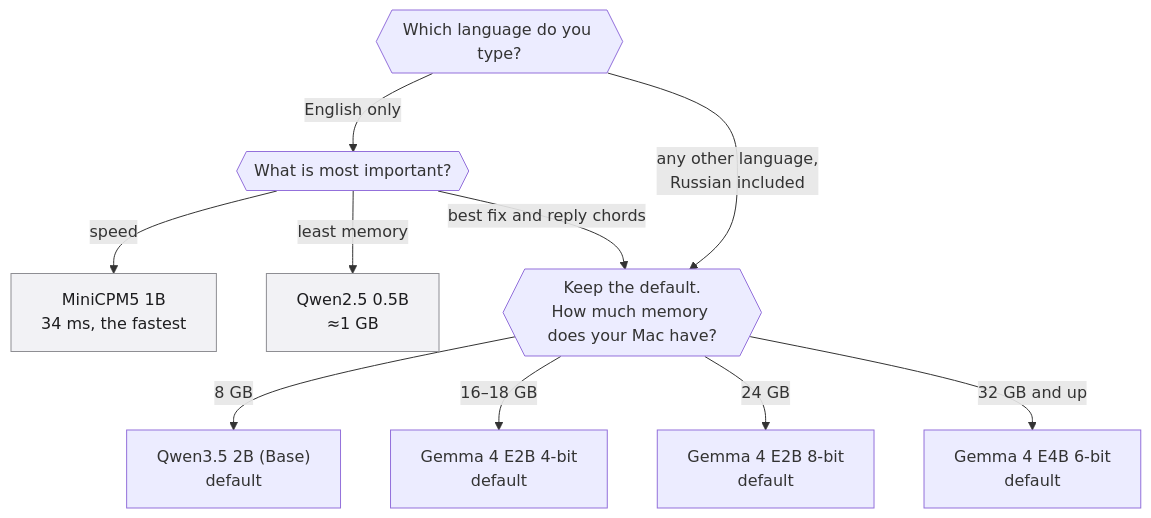
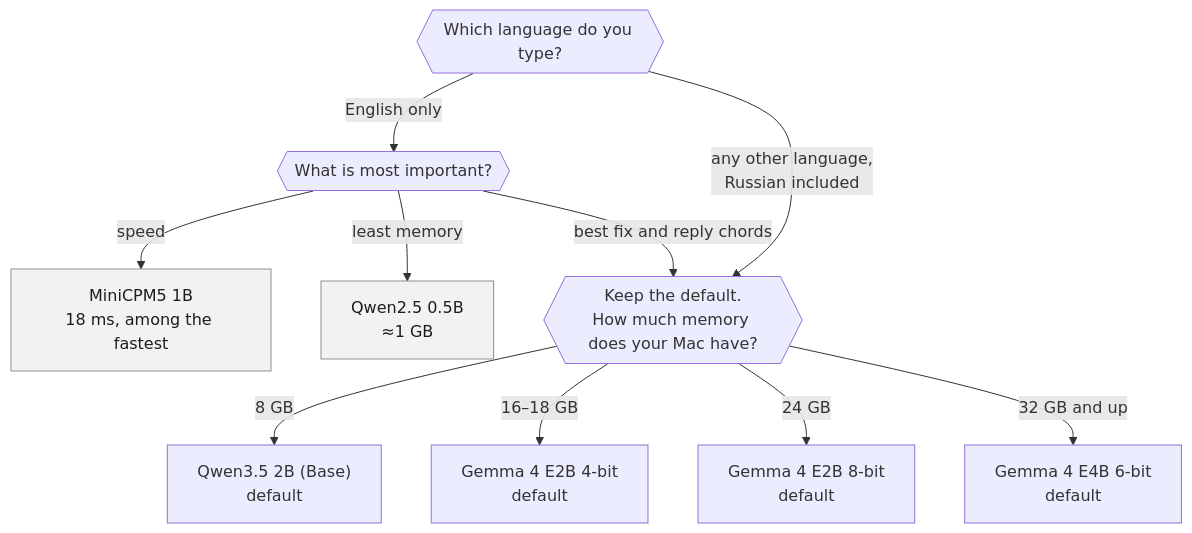
Before and after one commit to nikiomori/Pretype: the diagram in docs/diagrams/models-choose.mmd, drawn with Mermaid. The commit also changed 5 other files, not shown here.

First line of the commit message:
docs(models): rebooked figures, chart and choice diagram

```diff
--- a/docs/diagrams/models-choose.mmd
+++ b/docs/diagrams/models-choose.mmd
@@ -1,15 +1,15 @@
 %% Which model to pick: language first, then memory. The default already
 %% follows the memory ladder, so most paths end at the default.
 flowchart TB
   lang{{"Which language do you type?"}}
   lang -- "English only" --> want{{"What is most important?"}}
-  want -- "speed" --> mini["MiniCPM5 1B<br/>34 ms, the fastest"]
+  want -- "speed" --> mini["MiniCPM5 1B<br/>18 ms, among the fastest"]
   want -- "least memory" --> q05["Qwen2.5 0.5B<br/>≈1 GB"]
   want -- "best fix and reply chords" --> ram
   lang -- "any other language,<br/>Russian included" --> ram{{"Keep the default.<br/>How much memory does your Mac have?"}}
   ram -- "8 GB" --> q35["Qwen3.5 2B (Base)<br/>default"]
   ram -- "16–18 GB" --> e2b4["Gemma 4 E2B 4-bit<br/>default"]
   ram -- "24 GB" --> e2b8["Gemma 4 E2B 8-bit<br/>default"]
   ram -- "32 GB and up" --> e4b6["Gemma 4 E4B 6-bit<br/>default"]
   classDef manual fill:#f2f2f5,stroke:#8e8e93,color:#1d1d1f
   class mini,q05 manual
```
